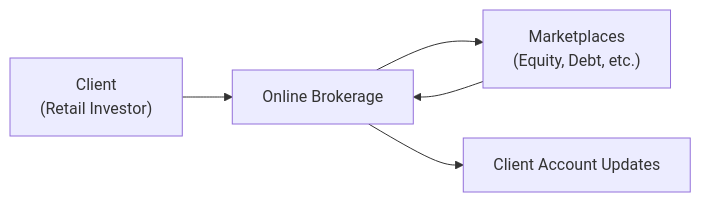
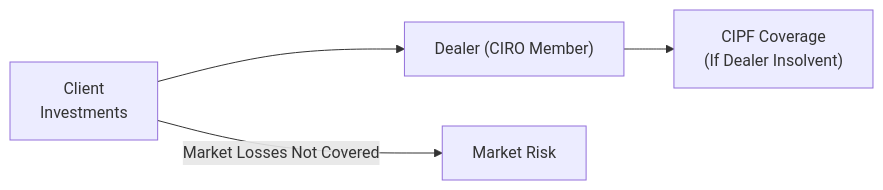
Before and after one commit to MasteryEducation/SecuritiesExamsMastery.ca: the diagram in content/ifc/2/6/index.md, drawn with Mermaid. The commit also changed other lines of this file and 130 other files, not shown here.

````diff
--- a/content/ifc/2/6/index.md
+++ b/content/ifc/2/6/index.md
@@ -113,7 +60,6 @@
 ```mermaid
 flowchart LR
-    A["Client <br/>(Retail Investor)"] --> B["Online Brokerage"]
-    B["Online Brokerage"] --> C["Marketplaces <br/>(Equity, Debt, etc.)"]
-    C["Marketplaces <br/>(Equity, Debt, etc.)"] --> B["Online Brokerage"]
-    B["Online Brokerage"] --> D["Client Account Updates"]
+    A["Client <br/>Investments"] --> B["Dealer (CIRO Member)"]
+    B --> C["CIPF Coverage <br/>(If Dealer Insolvent)"]
+    A -->|Market Losses Not Covered| D["Market Risk"]
 ```
````
